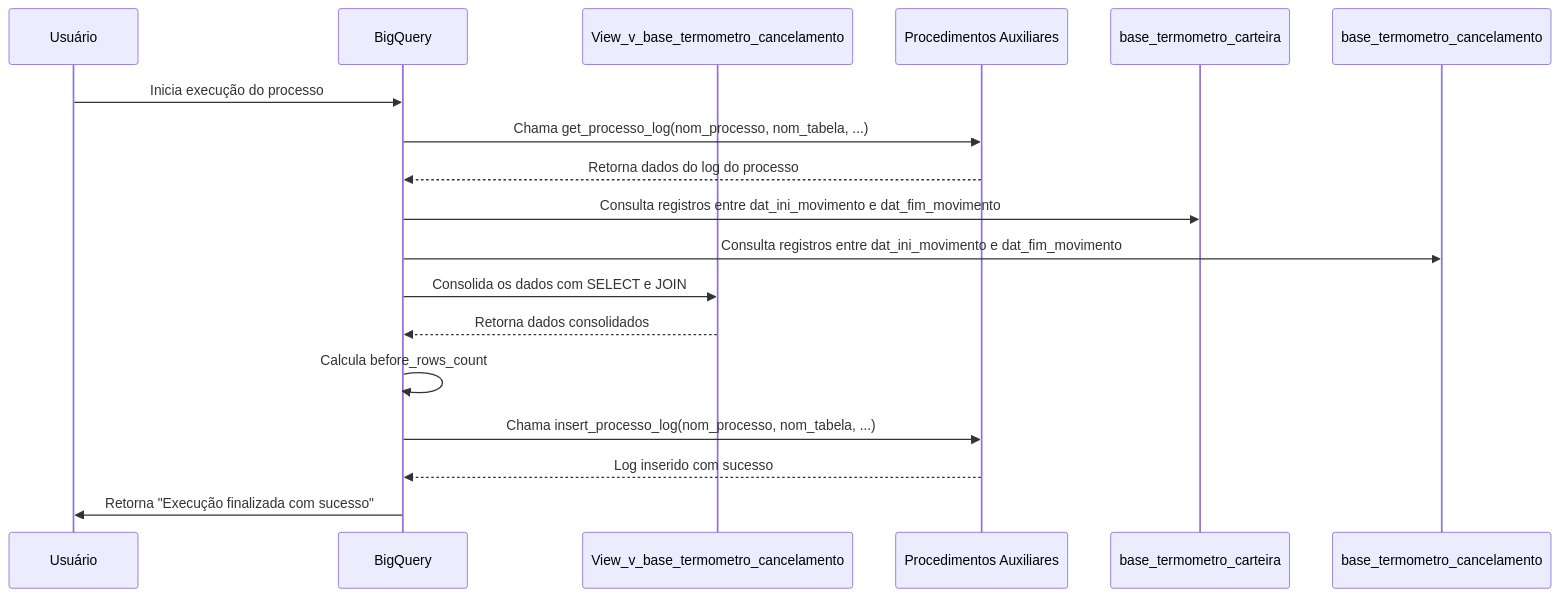
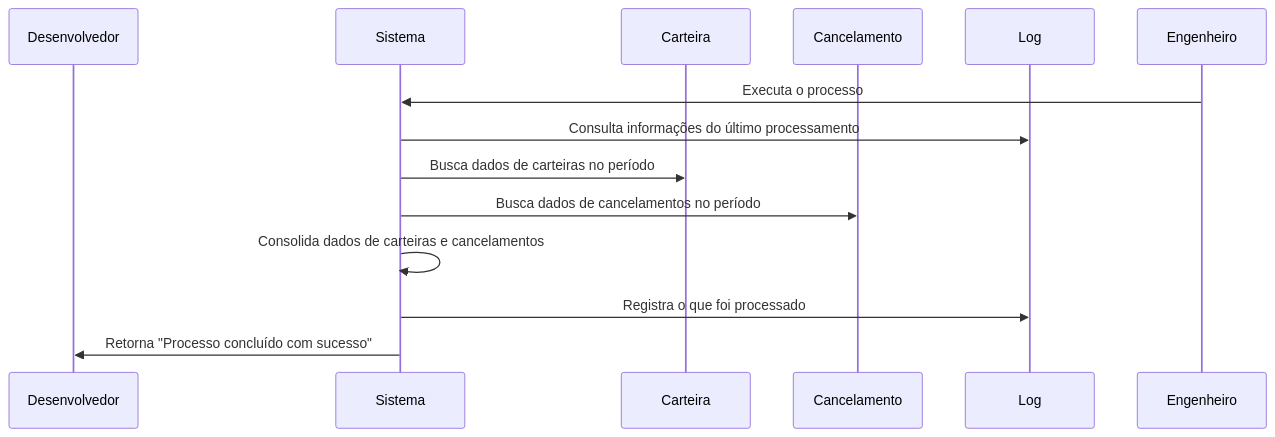
One commit to 2RP-Squad404/Halo-World changed the diagram in Sprints/SP04-2711/Daniel/v_cancelamento_seguro.md. Above: the diagram before and after it, drawn with Mermaid.

Commit message:
docs:updating sequence diagram

````diff
--- a/Sprints/SP04-2711/Daniel/v_cancelamento_seguro.md
+++ b/Sprints/SP04-2711/Daniel/v_cancelamento_seguro.md
@@ -1,27 +1,20 @@
 ```mermaid
     sequenceDiagram
-    participant Usuário
-    participant BigQuery
-    participant View_v_base_termometro_cancelamento
-    participant Procedimentos as Procedimentos Auxiliares
-    participant Tabela_Carteira as base_termometro_carteira
-    participant Tabela_Cancelamento as base_termometro_cancelamento
+    participant Desenvolvedor
+    participant Sistema
+    participant Carteira
+    participant Cancelamento
+    participant Log
 
-    Usuário->>BigQuery: Inicia execução do processo
-    BigQuery->>Procedimentos: Chama get_processo_log(nom_processo, nom_tabela, ...)
-    Procedimentos-->>BigQuery: Retorna dados do log do processo
-    
-    BigQuery->>Tabela_Carteira: Consulta registros entre dat_ini_movimento e dat_fim_movimento
-    BigQuery->>Tabela_Cancelamento: Consulta registros entre dat_ini_movimento e dat_fim_movimento
-    
-    BigQuery->>View_v_base_termometro_cancelamento: Consolida os dados com SELECT e JOIN
-    View_v_base_termometro_cancelamento-->>BigQuery: Retorna dados consolidados
-    
-    BigQuery->>BigQuery: Calcula before_rows_count
-    
-    BigQuery->>Procedimentos: Chama insert_processo_log(nom_processo, nom_tabela, ...)
-    Procedimentos-->>BigQuery: Log inserido com sucesso
-    
-    BigQuery->>Usuário: Retorna "Execução finalizada com sucesso"
+    Engenheiro->>Sistema: Executa o processo
+    Sistema->>Log: Consulta informações do último processamento
+    Sistema->>Carteira: Busca dados de carteiras no período
+    Sistema->>Cancelamento: Busca dados de cancelamentos no período
+
+    Sistema->>Sistema: Consolida dados de carteiras e cancelamentos
+    Sistema->>Log: Registra o que foi processado
+
+    Sistema->>Desenvolvedor: Retorna "Processo concluído com sucesso"
+
 
 ```
````
